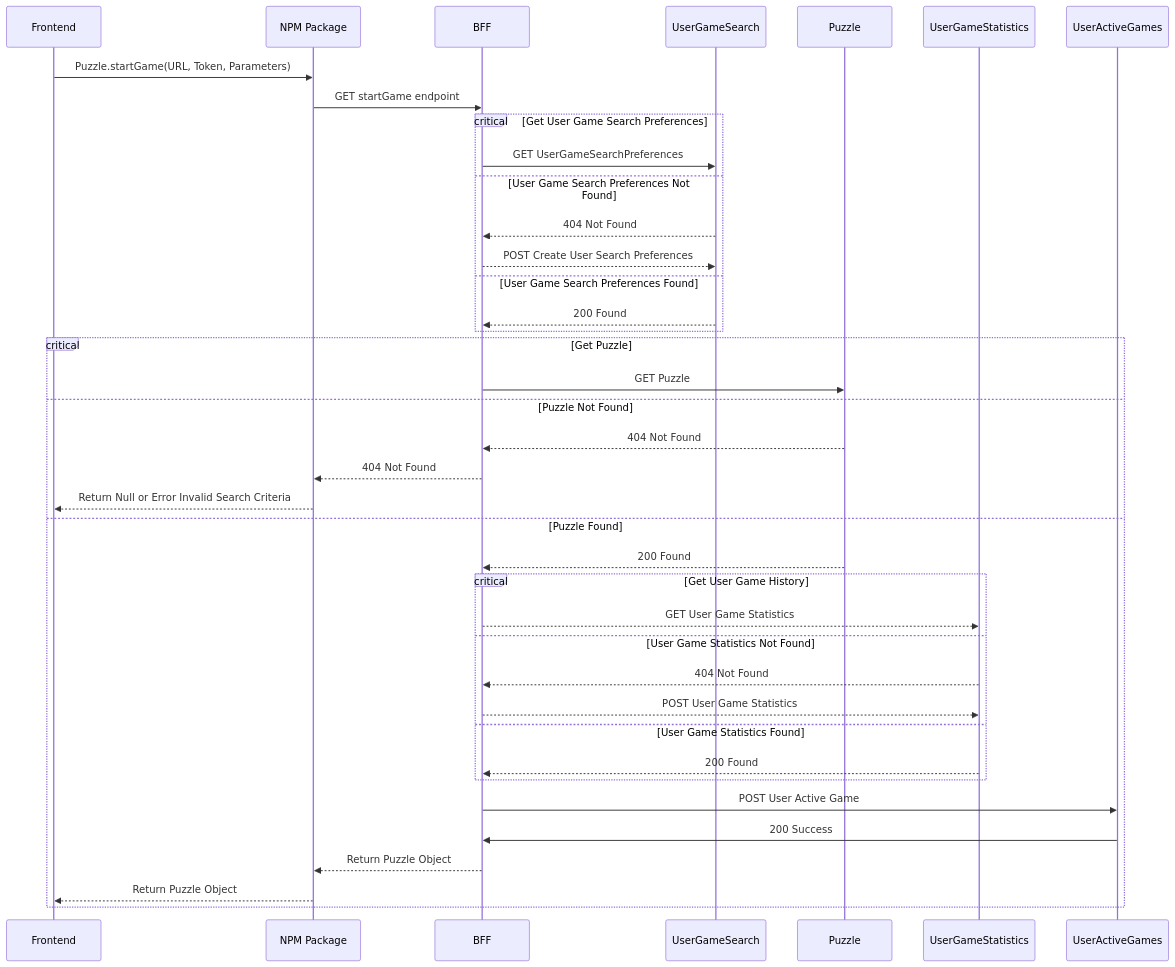
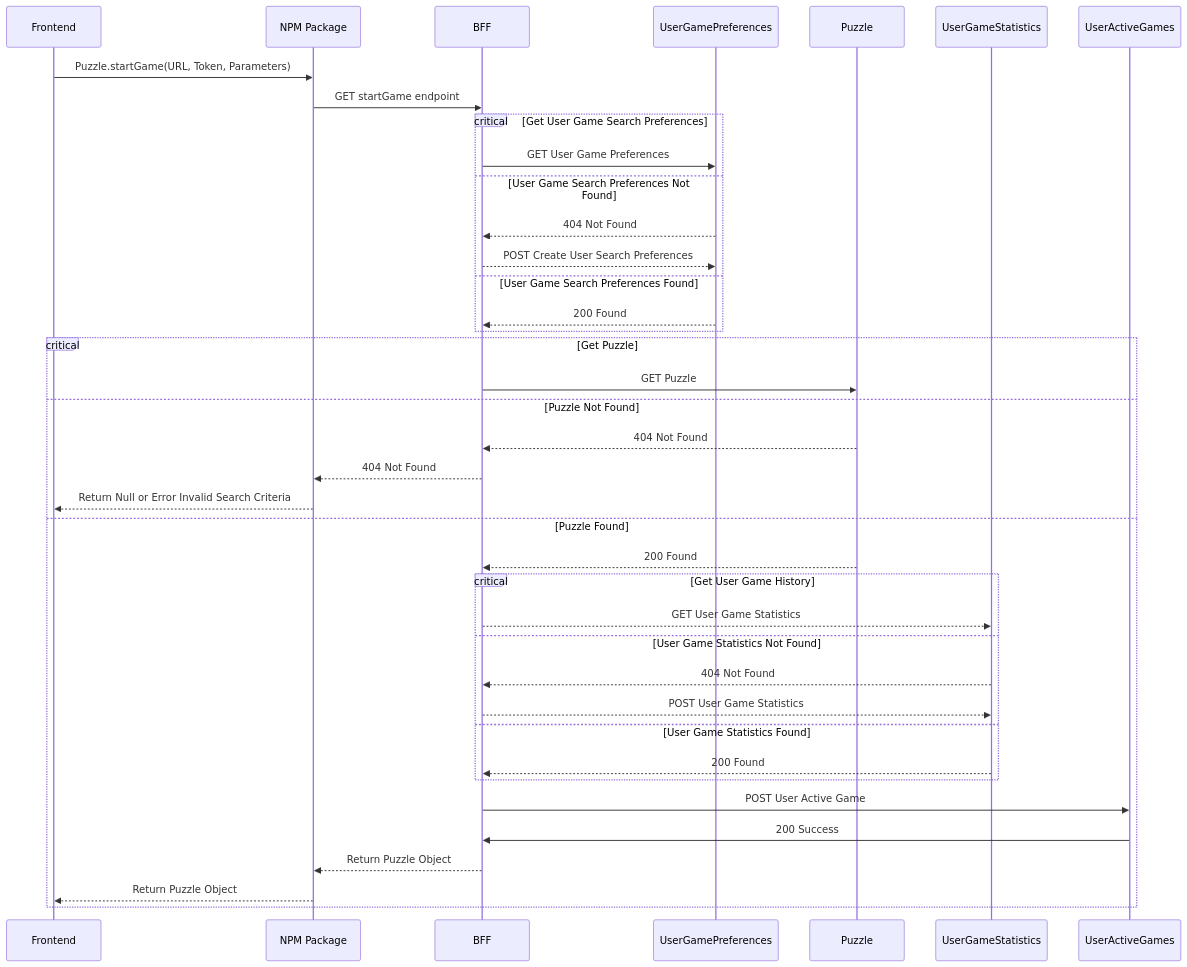
The first of 4 diagrams in Documentation/Diagrams/SequenceDiagram.md (Sudokuru/Puzzle), drawn with Mermaid before and after one commit. The commit also changed other lines of this file, not shown here.

````diff
--- a/Documentation/Diagrams/SequenceDiagram.md
+++ b/Documentation/Diagrams/SequenceDiagram.md
@@ -6,45 +26,45 @@
 ```mermaid
 sequenceDiagram
     participant Frontend
     participant NPM Package
     participant BFF
-    participant UserGameSearch
+    participant UserGamePreferences
     participant Puzzle
     participant UserGameStatistics
     participant UserActiveGames
     
     #Start Game
     Frontend->>NPM Package: Puzzle.startGame(URL, Token, Parameters)
     NPM Package->>BFF: GET startGame endpoint
 
     critical Get User Game Search Preferences
-        BFF->>UserGameSearch: GET UserGameSearchPreferences
+        BFF->>UserGamePreferences: GET User Game Preferences
     option User Game Search Preferences Not Found
-        UserGameSearch-->>BFF: 404 Not Found
-        BFF-->>UserGameSearch: POST Create User Search Preferences
+        UserGamePreferences-->>BFF: 404 Not Found
+        BFF-->>UserGamePreferences: POST Create User Search Preferences
     option User Game Search Preferences Found
-        UserGameSearch-->>BFF: 200 Found
+        UserGamePreferences-->>BFF: 200 Found
     end
 
     critical Get Puzzle
         BFF->>Puzzle: GET Puzzle
     option Puzzle Not Found
         Puzzle-->>BFF: 404 Not Found
         BFF-->>NPM Package: 404 Not Found
         NPM Package-->>Frontend: Return Null or Error Invalid Search Criteria
     option Puzzle Found
         Puzzle-->>BFF: 200 Found
         critical Get User Game History
             BFF-->>UserGameStatistics: GET User Game Statistics
         option User Game Statistics Not Found
             UserGameStatistics-->>BFF: 404 Not Found
             BFF-->>UserGameStatistics: POST User Game Statistics
         option User Game Statistics Found
             UserGameStatistics-->>BFF: 200 Found
         end
         BFF->>UserActiveGames: POST User Active Game
         UserActiveGames->>BFF: 200 Success
         BFF-->>NPM Package: Return Puzzle Object
         NPM Package-->>Frontend: Return Puzzle Object
     end
 ```
````
